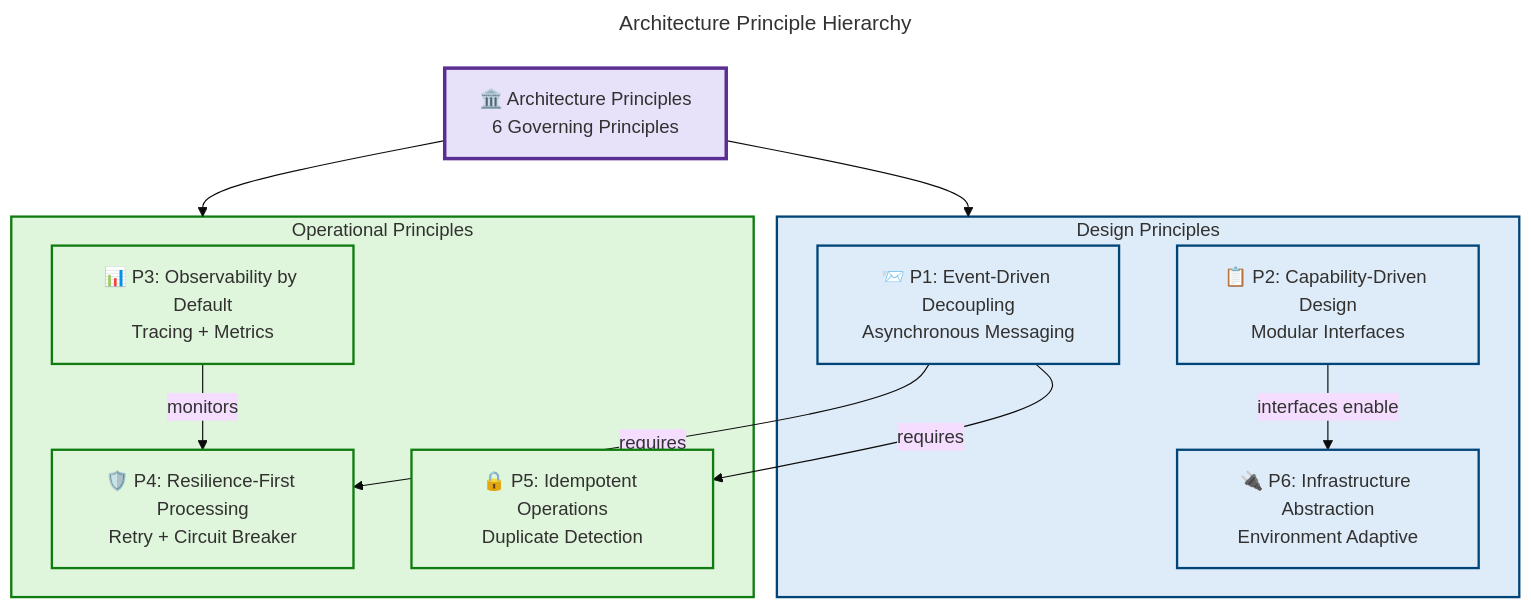
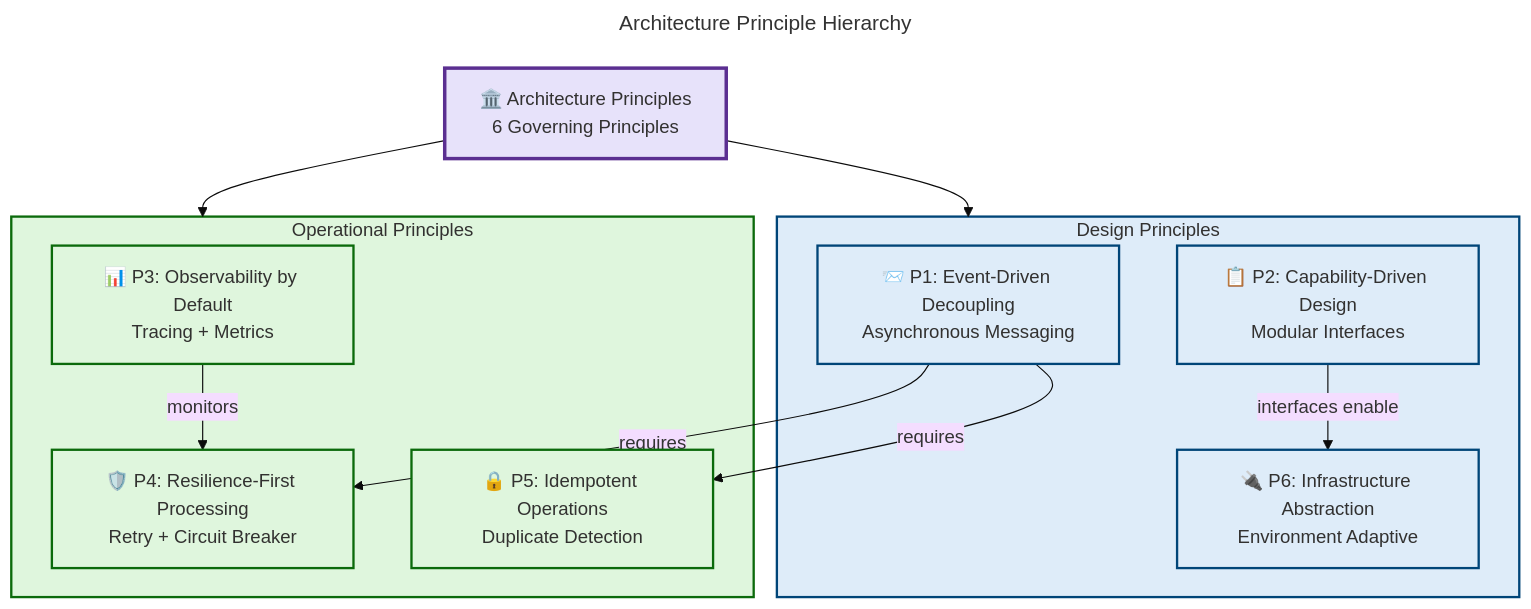
The fifth of 13 diagrams in docs/architecture/Business-Layer-Architecture.md (Evilazaro/Azure-LogicApps-Monitoring), drawn with Mermaid before and after one commit. The commit also changed other lines of this file and 3 other files, not shown here.

Commit message:
docs: update color definitions in architecture diagrams for improved clarity and consistency

````diff
--- a/docs/architecture/Business-Layer-Architecture.md
+++ b/docs/architecture/Business-Layer-Architecture.md
@@ -416,51 +416,51 @@
 ```mermaid
 ---
 title: "Architecture Principle Hierarchy"
 config:
   theme: base
   themeVariables:
     fontSize: '16px'
 ---
 graph TB
     accTitle: Architecture Principle Hierarchy
     accDescr: Shows the 6 architecture principles organized by category with dependencies and enforcement relationships
 
     %% ═══════════════════════════════════════════════════════════════
     %% AZURE / FLUENT ARCHITECTURE PATTERN v1.1
     %% Generated: 2026-02-18T10:30:00Z
     %% Layer: Business
     %% Components: 9
     %% ═══════════════════════════════════════════════════════════════
 
     root["🏛️ Architecture Principles<br/>6 Governing Principles"]
 
     subgraph design ["Design Principles"]
         p1["📨 P1: Event-Driven Decoupling<br/>Asynchronous Messaging"]
         p2["📋 P2: Capability-Driven Design<br/>Modular Interfaces"]
         p6["🔌 P6: Infrastructure Abstraction<br/>Environment Adaptive"]
     end
 
     subgraph operational ["Operational Principles"]
         p3["📊 P3: Observability by Default<br/>Tracing + Metrics"]
         p4["🛡️ P4: Resilience-First Processing<br/>Retry + Circuit Breaker"]
         p5["🔒 P5: Idempotent Operations<br/>Duplicate Detection"]
     end
 
     root --> design
     root --> operational
     p2 -->|"interfaces enable"| p6
     p1 -->|"requires"| p4
     p1 -->|"requires"| p5
     p3 -->|"monitors"| p4
 
     style design fill:#DEECF9,stroke:#004578,stroke-width:2px,color:#323130
-    style operational fill:#DFF6DD,stroke:#107C10,stroke-width:2px,color:#323130
+    style operational fill:#DFF6DD,stroke:#0B6A0B,stroke-width:2px,color:#323130
 
     classDef rootStyle fill:#E7E2FA,stroke:#5B2F91,stroke-width:3px,color:#323130
     classDef designPrinciple fill:#DEECF9,stroke:#004578,stroke-width:2px,color:#323130
-    classDef opsPrinciple fill:#DFF6DD,stroke:#107C10,stroke-width:2px,color:#323130
+    classDef opsPrinciple fill:#DFF6DD,stroke:#0B6A0B,stroke-width:2px,color:#323130
 
     class root rootStyle
     class p1,p2,p6 designPrinciple
     class p3,p4,p5 opsPrinciple
 ```
````
